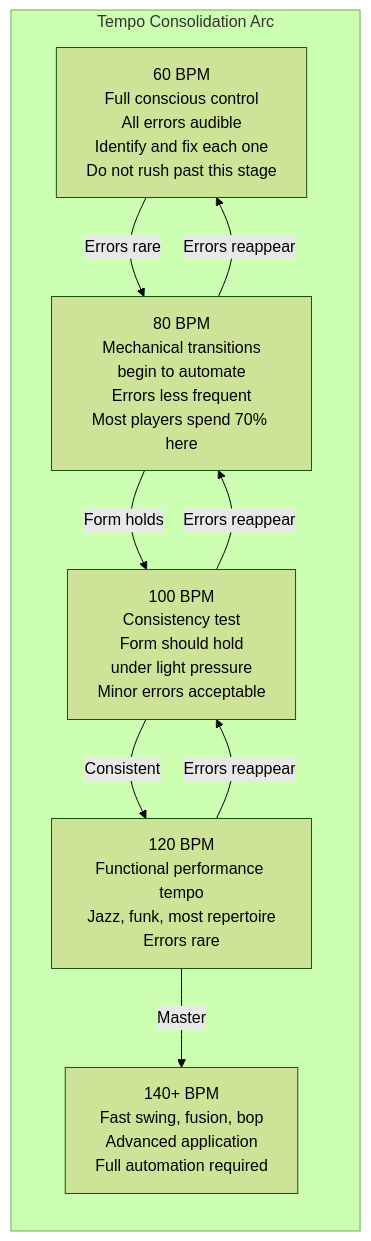
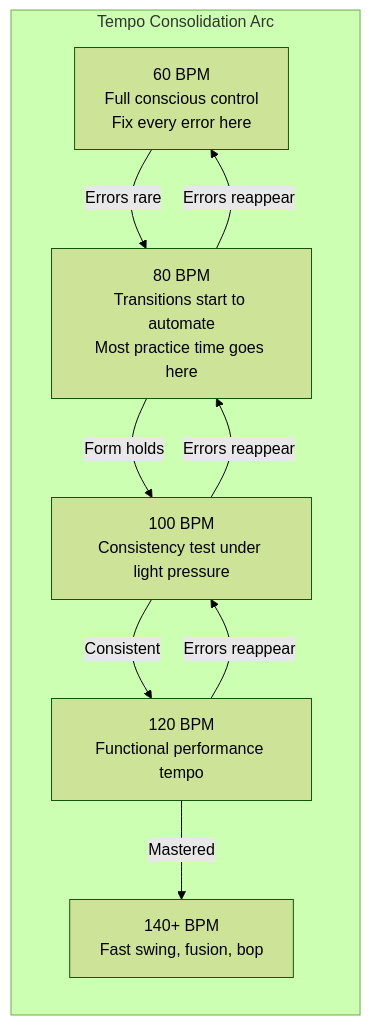
One commit to blebleblee/synapse changed the fifth of 5 diagrams in topics/arts/music_performance/bass_guitar/labs.md. Above: the diagram before and after it, drawn with Mermaid (forest theme). The commit also changed other lines of this file and 4 other files, not shown here.

````diff
--- a/topics/arts/music_performance/bass_guitar/labs.md
+++ b/topics/arts/music_performance/bass_guitar/labs.md
@@ -804,18 +610,18 @@
 ```mermaid
 graph LR
     subgraph sub_tempo ["Tempo Consolidation Arc"]
-        A["60 BPM\nFull conscious control\nAll errors audible\nIdentify and fix each one\nDo not rush past this stage"]
-        B["80 BPM\nMechanical transitions\nbegin to automate\nErrors less frequent\nMost players spend 70% here"]
-        C["100 BPM\nConsistency test\nForm should hold\nunder light pressure\nMinor errors acceptable"]
-        D["120 BPM\nFunctional performance tempo\nJazz, funk, most repertoire\nErrors rare"]
-        E["140+ BPM\nFast swing, fusion, bop\nAdvanced application\nFull automation required"]
+        A["60 BPM\nFull conscious control\nFix every error here"]
+        B["80 BPM\nTransitions start to automate\nMost practice time goes here"]
+        C["100 BPM\nConsistency test under light pressure"]
+        D["120 BPM\nFunctional performance tempo"]
+        E["140+ BPM\nFast swing, fusion, bop"]
     end
 
     A -->|"Errors rare"| B
     B -->|"Form holds"| C
     C -->|"Consistent"| D
-    D -->|"Master"| E
+    D -->|"Mastered"| E
     B -->|"Errors reappear"| A
     C -->|"Errors reappear"| B
     D -->|"Errors reappear"| C
 ```
````
